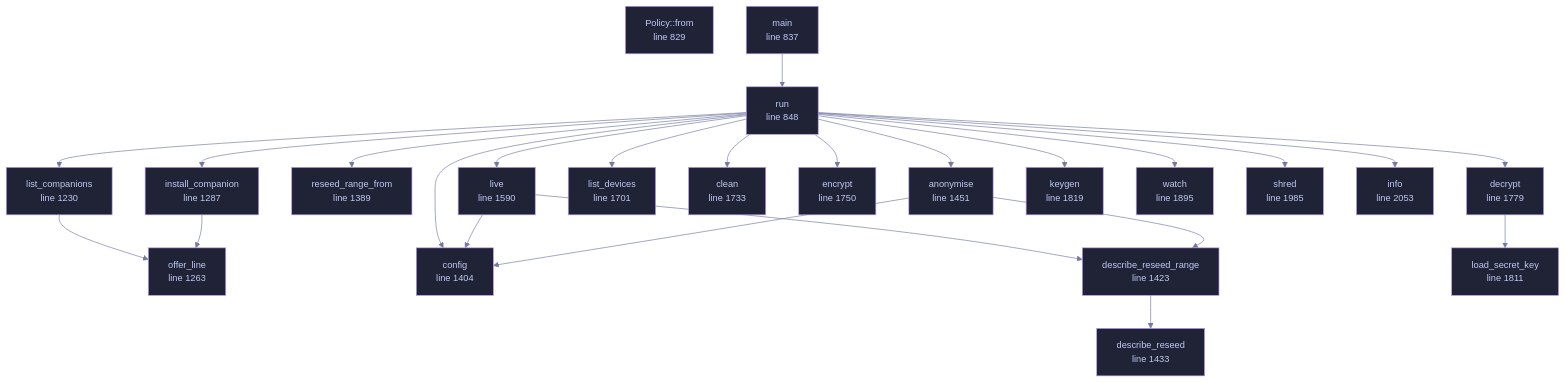
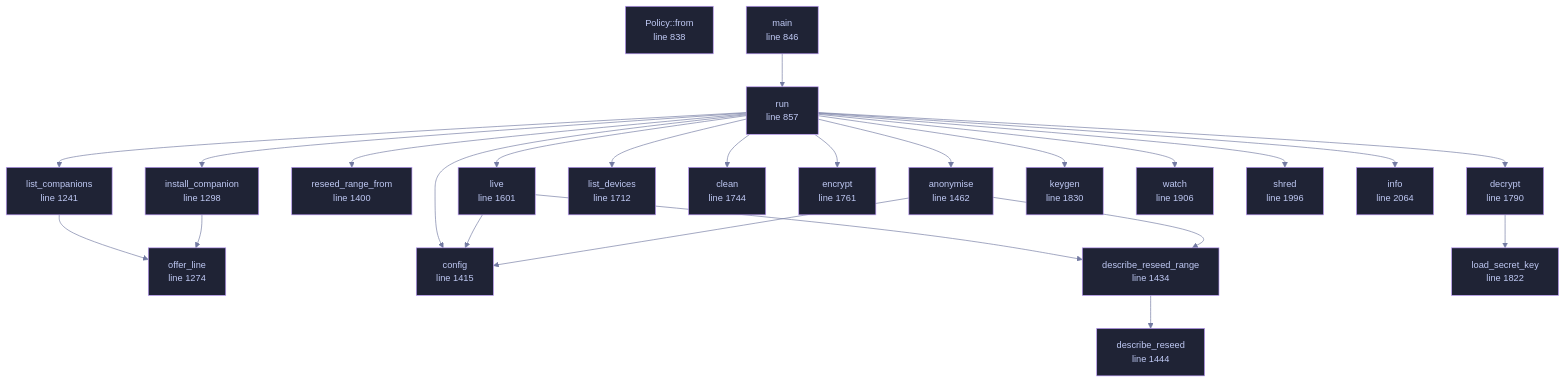
Before and after one commit to tilas01/veilvoice: the diagram in docs/files/veilvoice-cli/main.md, drawn with Mermaid. The commit also changed other lines of this file and 50 other files, not shown here.

````diff
--- a/docs/files/veilvoice-cli/main.md
+++ b/docs/files/veilvoice-cli/main.md
@@ -130,71 +130,71 @@
 ```mermaid
 %%{init: {"theme":"base","themeVariables":{"background":"#1a1b26","primaryColor":"#1f2335","primaryTextColor":"#c0caf5","primaryBorderColor":"#7aa2f7","secondaryColor":"#16161e","tertiaryColor":"#16161e","lineColor":"#737aa2","textColor":"#c0caf5","mainBkg":"#1f2335","nodeBorder":"#7aa2f7","clusterBkg":"#16161e","clusterBorder":"#2f3549","fontFamily":"ui-monospace, SFMono-Regular, Consolas, monospace","fontSize":"14px"}}}%%
 flowchart TD
-    n_from["Policy::from<br/>line 829"]
-    n_main["main<br/>line 837"]
-    n_run["run<br/>line 848"]
-    n_list_companions["list_companions<br/>line 1230"]
-    n_offer_line["offer_line<br/>line 1263"]
-    n_install_companion["install_companion<br/>line 1287"]
-    n_reseed_range_from["reseed_range_from<br/>line 1389"]
-    n_config["config<br/>line 1404"]
-    n_describe_reseed_range["describe_reseed_range<br/>line 1423"]
-    n_describe_reseed["describe_reseed<br/>line 1433"]
-    n_anonymise["anonymise<br/>line 1451"]
-    n_live["live<br/>line 1590"]
-    n_list_devices["list_devices<br/>line 1701"]
-    n_clean["clean<br/>line 1733"]
-    n_encrypt["encrypt<br/>line 1750"]
-    n_decrypt["decrypt<br/>line 1779"]
-    n_load_secret_key["load_secret_key<br/>line 1811"]
-    n_keygen["keygen<br/>line 1819"]
-    n_watch["watch<br/>line 1895"]
-    n_shred["shred<br/>line 1985"]
-    n_info["info<br/>line 2053"]
+    n_from["Policy::from<br/>line 838"]
+    n_main["main<br/>line 846"]
+    n_run["run<br/>line 857"]
+    n_list_companions["list_companions<br/>line 1241"]
+    n_offer_line["offer_line<br/>line 1274"]
+    n_install_companion["install_companion<br/>line 1298"]
+    n_reseed_range_from["reseed_range_from<br/>line 1400"]
+    n_config["config<br/>line 1415"]
+    n_describe_reseed_range["describe_reseed_range<br/>line 1434"]
+    n_describe_reseed["describe_reseed<br/>line 1444"]
+    n_anonymise["anonymise<br/>line 1462"]
+    n_live["live<br/>line 1601"]
+    n_list_devices["list_devices<br/>line 1712"]
+    n_clean["clean<br/>line 1744"]
+    n_encrypt["encrypt<br/>line 1761"]
+    n_decrypt["decrypt<br/>line 1790"]
+    n_load_secret_key["load_secret_key<br/>line 1822"]
+    n_keygen["keygen<br/>line 1830"]
+    n_watch["watch<br/>line 1906"]
+    n_shred["shred<br/>line 1996"]
+    n_info["info<br/>line 2064"]
     n_anonymise --> n_config
     n_anonymise --> n_describe_reseed_range
     n_decrypt --> n_load_secret_key
     n_describe_reseed_range --> n_describe_reseed
     n_install_companion --> n_offer_line
     n_list_companions --> n_offer_line
     n_live --> n_config
     n_live --> n_describe_reseed_range
     n_main --> n_run
     n_run --> n_anonymise
     n_run --> n_clean
     n_run --> n_config
     n_run --> n_decrypt
     n_run --> n_encrypt
     n_run --> n_info
     n_run --> n_install_companion
     n_run --> n_keygen
     n_run --> n_list_companions
     n_run --> n_list_devices
     n_run --> n_live
     n_run --> n_reseed_range_from
     n_run --> n_shred
     n_run --> n_watch
-    click n_from href "https://github.com/tilas01/veilvoice/blob/main/crates/veilvoice-cli/src/main.rs#L829" "open the source"
-    click n_main href "https://github.com/tilas01/veilvoice/blob/main/crates/veilvoice-cli/src/main.rs#L837" "open the source"
-    click n_run href "https://github.com/tilas01/veilvoice/blob/main/crates/veilvoice-cli/src/main.rs#L848" "open the source"
-    click n_list_companions href "https://github.com/tilas01/veilvoice/blob/main/crates/veilvoice-cli/src/main.rs#L1230" "open the source"
-    click n_offer_line href "https://github.com/tilas01/veilvoice/blob/main/crates/veilvoice-cli/src/main.rs#L1263" "open the source"
-    click n_install_companion href "https://github.com/tilas01/veilvoice/blob/main/crates/veilvoice-cli/src/main.rs#L1287" "open the source"
-    click n_reseed_range_from href "https://github.com/tilas01/veilvoice/blob/main/crates/veilvoice-cli/src/main.rs#L1389" "open the source"
-    click n_config href "https://github.com/tilas01/veilvoice/blob/main/crates/veilvoice-cli/src/main.rs#L1404" "open the source"
-    click n_describe_reseed_range href "https://github.com/tilas01/veilvoice/blob/main/crates/veilvoice-cli/src/main.rs#L1423" "open the source"
-    click n_describe_reseed href "https://github.com/tilas01/veilvoice/blob/main/crates/veilvoice-cli/src/main.rs#L1433" "open the source"
-    click n_anonymise href "https://github.com/tilas01/veilvoice/blob/main/crates/veilvoice-cli/src/main.rs#L1451" "open the source"
-    click n_live href "https://github.com/tilas01/veilvoice/blob/main/crates/veilvoice-cli/src/main.rs#L1590" "open the source"
-    click n_list_devices href "https://github.com/tilas01/veilvoice/blob/main/crates/veilvoice-cli/src/main.rs#L1701" "open the source"
-    click n_clean href "https://github.com/tilas01/veilvoice/blob/main/crates/veilvoice-cli/src/main.rs#L1733" "open the source"
-    click n_encrypt href "https://github.com/tilas01/veilvoice/blob/main/crates/veilvoice-cli/src/main.rs#L1750" "open the source"
-    click n_decrypt href "https://github.com/tilas01/veilvoice/blob/main/crates/veilvoice-cli/src/main.rs#L1779" "open the source"
-    click n_load_secret_key href "https://github.com/tilas01/veilvoice/blob/main/crates/veilvoice-cli/src/main.rs#L1811" "open the source"
-    click n_keygen href "https://github.com/tilas01/veilvoice/blob/main/crates/veilvoice-cli/src/main.rs#L1819" "open the source"
-    click n_watch href "https://github.com/tilas01/veilvoice/blob/main/crates/veilvoice-cli/src/main.rs#L1895" "open the source"
-    click n_shred href "https://github.com/tilas01/veilvoice/blob/main/crates/veilvoice-cli/src/main.rs#L1985" "open the source"
-    click n_info href "https://github.com/tilas01/veilvoice/blob/main/crates/veilvoice-cli/src/main.rs#L2053" "open the source"
+    click n_from href "https://github.com/tilas01/veilvoice/blob/main/crates/veilvoice-cli/src/main.rs#L838" "open the source"
+    click n_main href "https://github.com/tilas01/veilvoice/blob/main/crates/veilvoice-cli/src/main.rs#L846" "open the source"
+    click n_run href "https://github.com/tilas01/veilvoice/blob/main/crates/veilvoice-cli/src/main.rs#L857" "open the source"
+    click n_list_companions href "https://github.com/tilas01/veilvoice/blob/main/crates/veilvoice-cli/src/main.rs#L1241" "open the source"
+    click n_offer_line href "https://github.com/tilas01/veilvoice/blob/main/crates/veilvoice-cli/src/main.rs#L1274" "open the source"
+    click n_install_companion href "https://github.com/tilas01/veilvoice/blob/main/crates/veilvoice-cli/src/main.rs#L1298" "open the source"
+    click n_reseed_range_from href "https://github.com/tilas01/veilvoice/blob/main/crates/veilvoice-cli/src/main.rs#L1400" "open the source"
+    click n_config href "https://github.com/tilas01/veilvoice/blob/main/crates/veilvoice-cli/src/main.rs#L1415" "open the source"
+    click n_describe_reseed_range href "https://github.com/tilas01/veilvoice/blob/main/crates/veilvoice-cli/src/main.rs#L1434" "open the source"
+    click n_describe_reseed href "https://github.com/tilas01/veilvoice/blob/main/crates/veilvoice-cli/src/main.rs#L1444" "open the source"
+    click n_anonymise href "https://github.com/tilas01/veilvoice/blob/main/crates/veilvoice-cli/src/main.rs#L1462" "open the source"
+    click n_live href "https://github.com/tilas01/veilvoice/blob/main/crates/veilvoice-cli/src/main.rs#L1601" "open the source"
+    click n_list_devices href "https://github.com/tilas01/veilvoice/blob/main/crates/veilvoice-cli/src/main.rs#L1712" "open the source"
+    click n_clean href "https://github.com/tilas01/veilvoice/blob/main/crates/veilvoice-cli/src/main.rs#L1744" "open the source"
+    click n_encrypt href "https://github.com/tilas01/veilvoice/blob/main/crates/veilvoice-cli/src/main.rs#L1761" "open the source"
+    click n_decrypt href "https://github.com/tilas01/veilvoice/blob/main/crates/veilvoice-cli/src/main.rs#L1790" "open the source"
+    click n_load_secret_key href "https://github.com/tilas01/veilvoice/blob/main/crates/veilvoice-cli/src/main.rs#L1822" "open the source"
+    click n_keygen href "https://github.com/tilas01/veilvoice/blob/main/crates/veilvoice-cli/src/main.rs#L1830" "open the source"
+    click n_watch href "https://github.com/tilas01/veilvoice/blob/main/crates/veilvoice-cli/src/main.rs#L1906" "open the source"
+    click n_shred href "https://github.com/tilas01/veilvoice/blob/main/crates/veilvoice-cli/src/main.rs#L1996" "open the source"
+    click n_info href "https://github.com/tilas01/veilvoice/blob/main/crates/veilvoice-cli/src/main.rs#L2064" "open the source"
     classDef helper fill:#1f2335,stroke:#bb9af7,color:#c0caf5
     class n_from,n_main,n_run,n_list_companions,n_offer_line,n_install_companion,n_reseed_range_from,n_config,n_describe_reseed_range,n_describe_reseed,n_anonymise,n_live,n_list_devices,n_clean,n_encrypt,n_decrypt,n_load_secret_key,n_keygen,n_watch,n_shred,n_info helper
 ```
````
